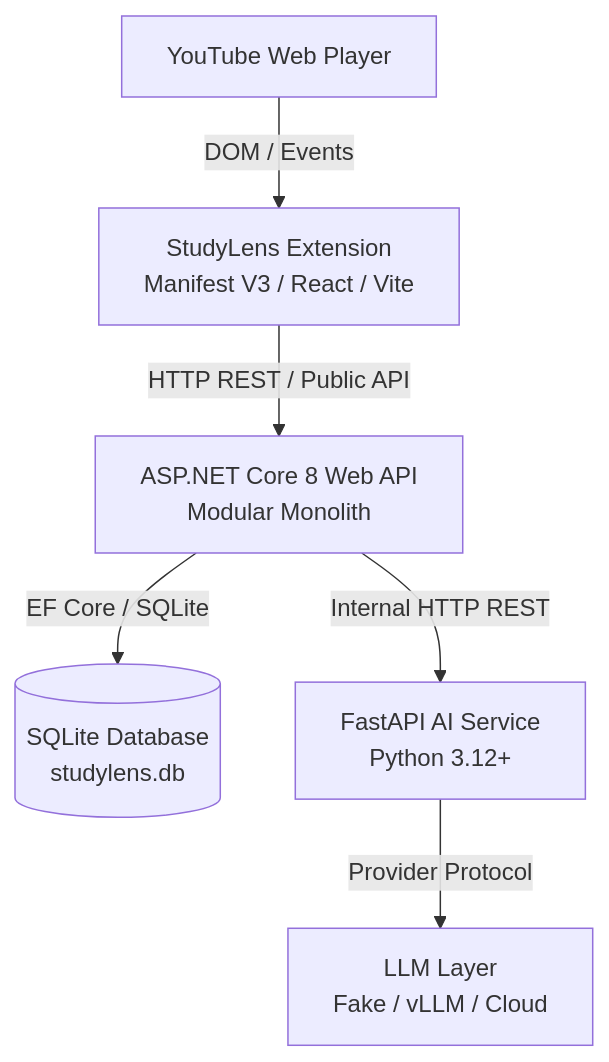
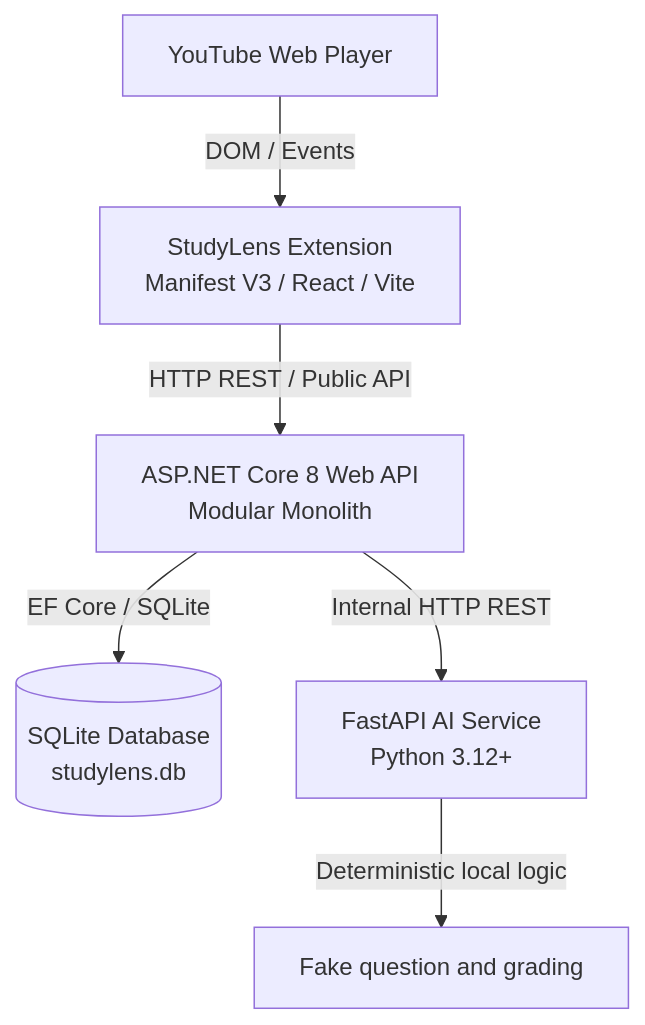
Before and after one commit to tungnguyen1208/StudylensAI: the first of 2 diagrams in docs/architecture/README.md, drawn with Mermaid. The commit also changed other lines of this file and 141 other files, not shown here.

````diff
--- a/docs/architecture/README.md
+++ b/docs/architecture/README.md
@@ -13,8 +15,8 @@
 ```mermaid
 flowchart TD
     YT[YouTube Web Player] -->|DOM / Events| EXT[StudyLens Extension<br/>Manifest V3 / React / Vite]
     EXT -->|HTTP REST / Public API| API[ASP.NET Core 8 Web API<br/>Modular Monolith]
     API -->|EF Core / SQLite| DB[(SQLite Database<br/>studylens.db)]
     API -->|Internal HTTP REST| AI[FastAPI AI Service<br/>Python 3.12+]
-    AI -->|Provider Protocol| LLM[LLM Layer<br/>Fake / vLLM / Cloud]
+    AI -->|Deterministic local logic| FAKE[Fake question and grading]
 ```
````
